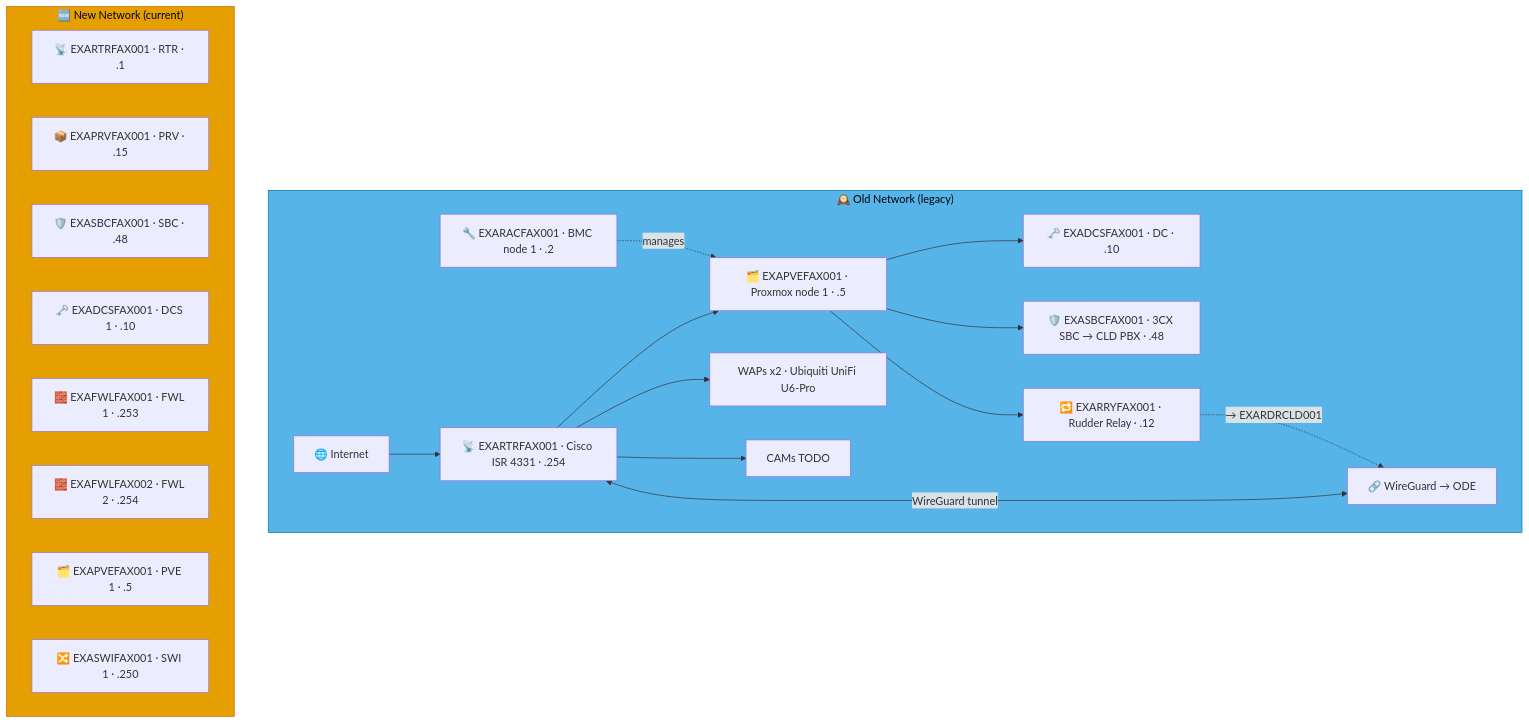
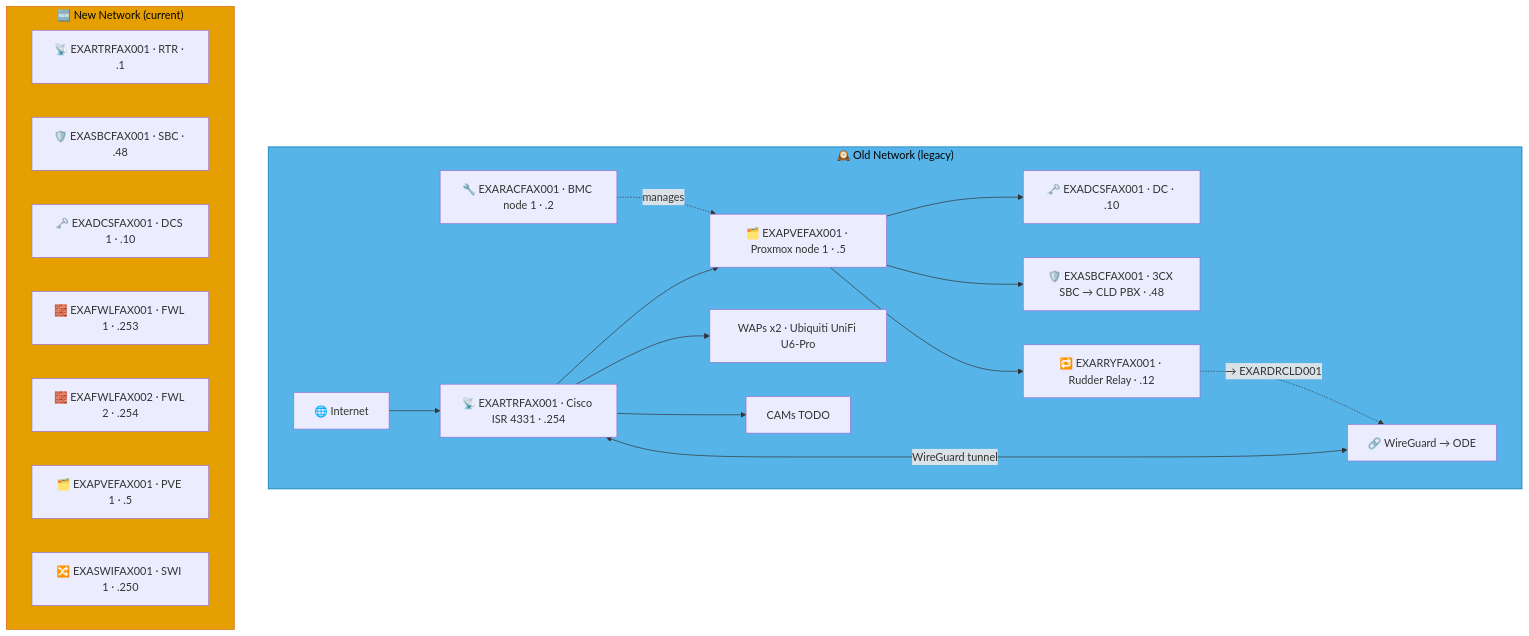
The fourth of 9 diagrams in docs/network-diagram/danmark.md (knightmare2600/example_music_infra), drawn with Mermaid before and after one commit. The commit also changed other lines of this file and 55 other files, not shown here.

````diff
--- a/docs/network-diagram/danmark.md
+++ b/docs/network-diagram/danmark.md
@@ -189,37 +186,36 @@
 ```mermaid
 graph TD
     subgraph OLD_FAX ["🕰️ Old Network (legacy)"]
       INET["🌐 Internet"]
       RTR["📡 EXARTRFAX001 · Cisco ISR 4331 · .254"]
       RAC["🔧 EXARACFAX001 · BMC node 1 · .2"]
       PVE["🗂️ EXAPVEFAX001 · Proxmox node 1 · .5"]
       DC["🗝️ EXADCSFAX001 · DC · .10"]
       SBC["🛡️ EXASBCFAX001 · 3CX SBC → CLD PBX · .48"]
       RRY["🔁 EXARRYFAX001 · Rudder Relay · .12"]
       WAP["WAPs x2 · Ubiquiti UniFi U6-Pro"]
       CAM["CAMs TODO"]
       VPN["🔗 WireGuard → ODE"]
 
       INET --> RTR --> PVE --> DC & SBC
       RAC -.->|"manages"| PVE
       RTR --> WAP & CAM
       RTR <-->|"WireGuard tunnel"| VPN
 
       PVE --> RRY
       RRY -. "→ EXARDRCLD001" .-> VPN
     end
     style OLD_FAX fill:#56B4E9,stroke:#0072B2,color:#000000
     %% GENERATED:NEW-NETWORK:FAX:START
     subgraph NEW_FAX ["🆕 New Network (current)"]
       N_RTR["📡 EXARTRFAX001 · RTR · .1"]
-      N_PRV["📦 EXAPRVFAX001 · PRV · .15"]
       N_SBC["🛡️ EXASBCFAX001 · SBC · .48"]
       N_DCS["🗝️ EXADCSFAX001 · DCS 1 · .10"]
       N_FWL["🧱 EXAFWLFAX001 · FWL 1 · .253"]
       N_FWL2["🧱 EXAFWLFAX002 · FWL 2 · .254"]
       N_PVE["🗂️ EXAPVEFAX001 · PVE 1 · .5"]
       N_SWI["🔀 EXASWIFAX001 · SWI 1 · .250"]
     end
     style NEW_FAX fill:#E69F00,stroke:#D55E00,color:#000000
     %% GENERATED:NEW-NETWORK:FAX:END
 ```
````
